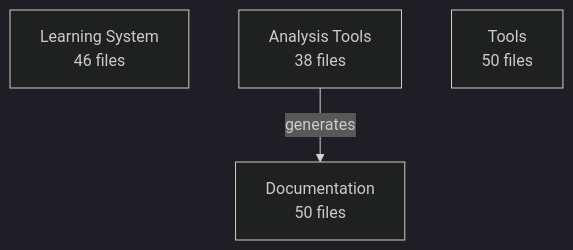
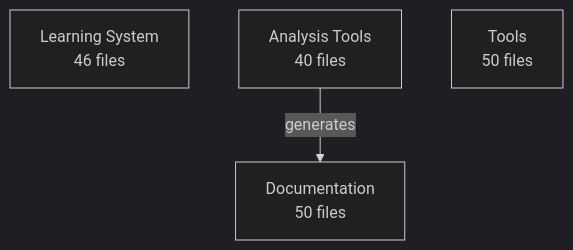
Before and after one commit to enufacas/Chained: the diagram in docs/data/architecture/architecture.mmd, drawn with Mermaid (dark theme). The commit also changed 6 other files, not shown here.

First line of the commit message:
🏗️ Update architecture evolution tracking

```diff
--- a/docs/data/architecture/architecture.mmd
+++ b/docs/data/architecture/architecture.mmd
@@ -1,6 +1,6 @@
 graph TD
     learning_system[Learning System<br/>46 files]
-    analysis_tools[Analysis Tools<br/>38 files]
+    analysis_tools[Analysis Tools<br/>40 files]
     documentation[Documentation<br/>50 files]
     tools[Tools<br/>50 files]
     analysis_tools -->|generates| documentation
```
